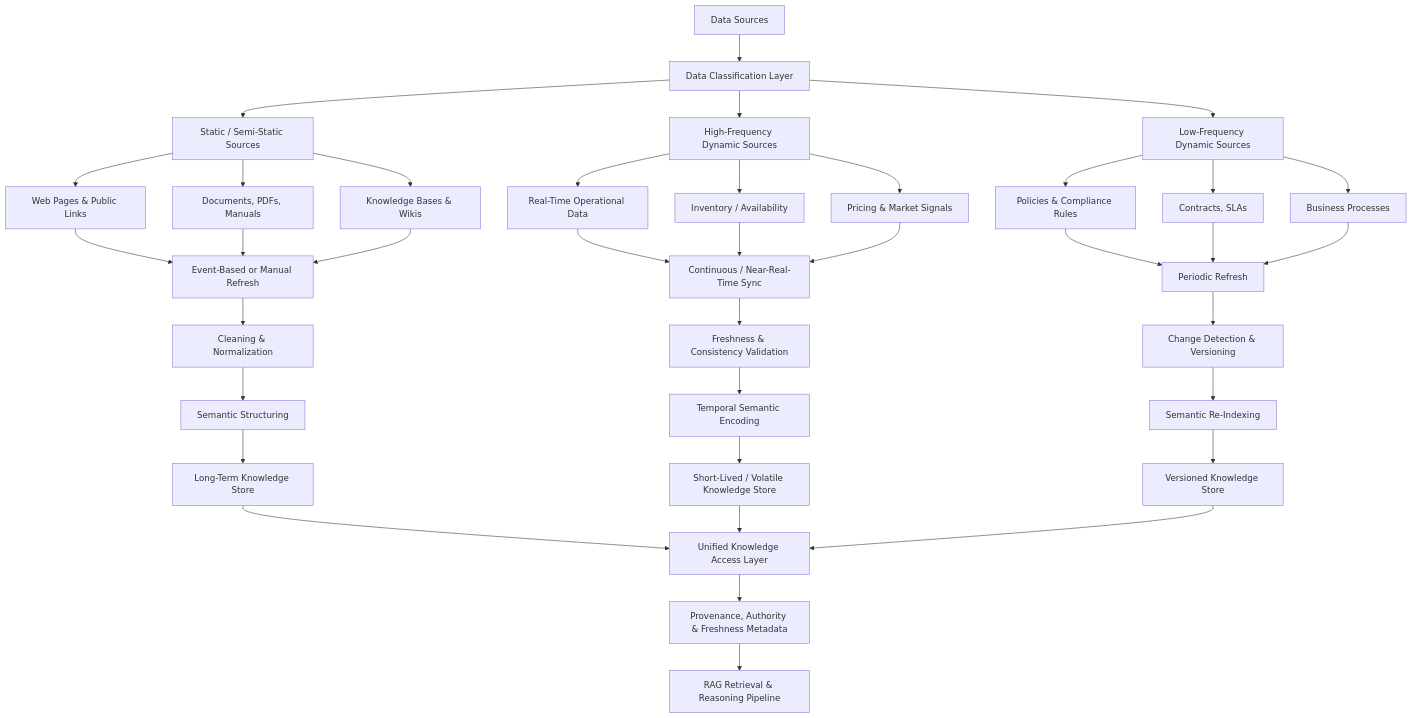
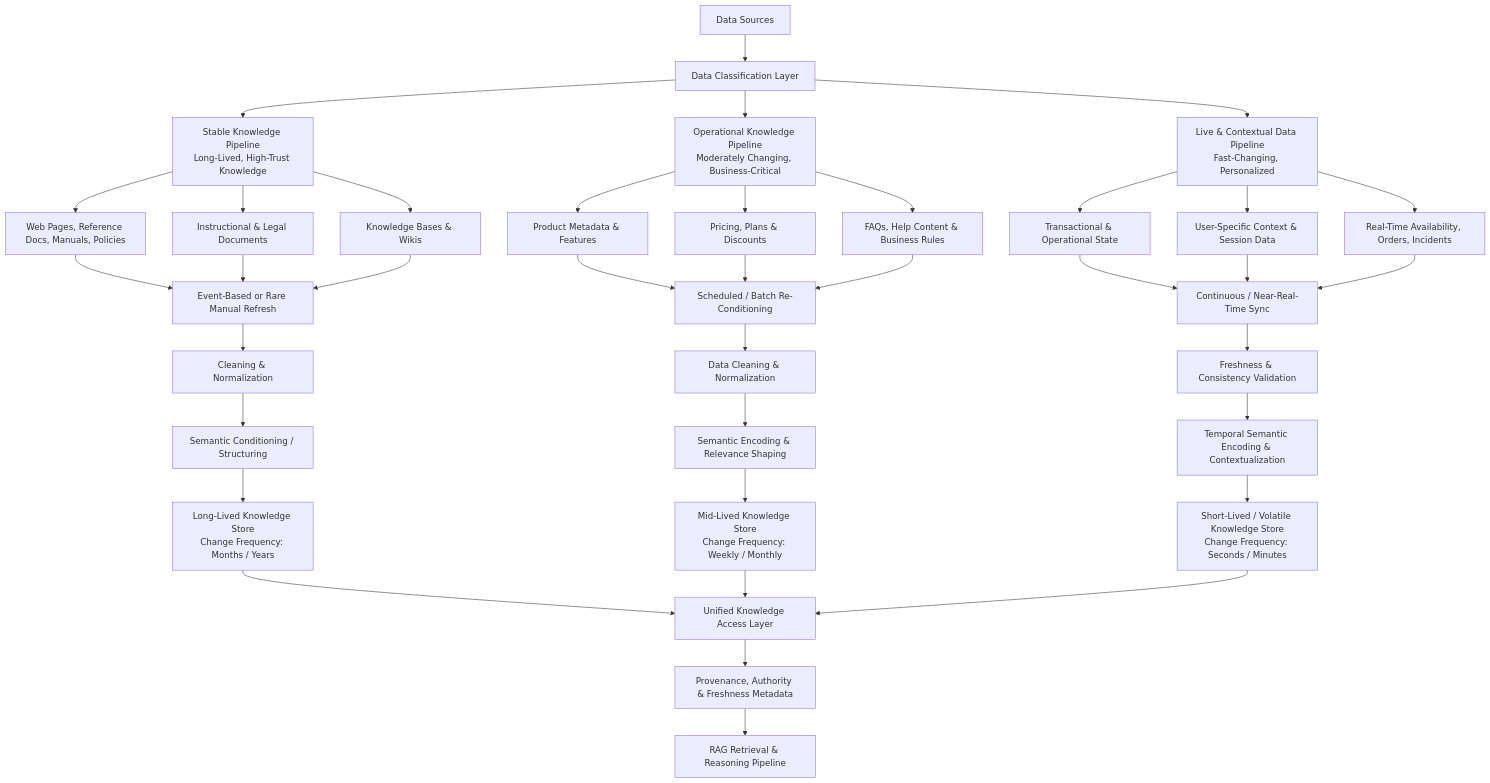
One commit to ShadowMonarchX/dynamic-ai-customer-support changed the diagram in Data_ingestion_Pipeline.md. Above: the diagram before and after it, drawn with Mermaid. The commit also changed 3 other files, not shown here.

````diff
--- a/Data_ingestion_Pipeline.md
+++ b/Data_ingestion_Pipeline.md
@@ -2,73 +2,64 @@
 ```mermaid
 graph TD
 
 %% =========================
-%% RAG DATA INGESTION PIPELINE
+%% RAG DATA INGESTION PIPELINE (GitHub Compatible)
 %% =========================
 
 SRC[Data Sources] --> CL[Data Classification Layer]
 
 %% =========================
 %% DATA TYPE SEGMENTATION
 %% =========================
-CL --> ST1[Static / Semi-Static Sources]
-CL --> ST2[High-Frequency Dynamic Sources]
-CL --> ST3[Low-Frequency Dynamic Sources]
+CL --> ST1[Stable Knowledge Pipeline<br>Long-Lived, High-Trust Knowledge]
+CL --> ST2[Operational Knowledge Pipeline<br>Moderately Changing, Business-Critical]
+CL --> ST3[Live & Contextual Data Pipeline<br>Fast-Changing, Personalized]
 
 %% =========================
-%% 1. STATIC / SEMI-STATIC DATA
+%% 1. STABLE KNOWLEDGE PIPELINE
 %% =========================
-ST1 --> WP[Web Pages & Public Links]
-ST1 --> DOC[Documents, PDFs, Manuals]
+ST1 --> WP[Web Pages, Reference Docs, Manuals, Policies]
+ST1 --> DOC[Instructional & Legal Documents]
 ST1 --> KB[Knowledge Bases & Wikis]
 
-WP --> SCHED1[Event-Based or Manual Refresh]
-DOC --> SCHED1
-KB --> SCHED1
-
+WP & DOC & KB --> SCHED1[Event-Based or Rare Manual Refresh]
 SCHED1 --> CLEAN1[Cleaning & Normalization]
-CLEAN1 --> SEM1[Semantic Structuring]
-SEM1 --> STORE1[Long-Term Knowledge Store]
+CLEAN1 --> SEM1[Semantic Conditioning / Structuring]
+SEM1 --> STORE1[Long-Lived Knowledge Store<br>Change Frequency: Months / Years]
 
 %% =========================
-%% 2. HIGH-FREQUENCY DYNAMIC DATA
+%% 2. OPERATIONAL KNOWLEDGE PIPELINE
 %% =========================
-ST2 --> RT[Real-Time Operational Data]
-ST2 --> INV[Inventory / Availability]
-ST2 --> PRICE[Pricing & Market Signals]
+ST2 --> PROD[Product Metadata & Features]
+ST2 --> PRICE[Pricing, Plans & Discounts]
+ST2 --> FAQ[FAQs, Help Content & Business Rules]
 
-RT --> SCHED2[Continuous / Near-Real-Time Sync]
-INV --> SCHED2
-PRICE --> SCHED2
-
-SCHED2 --> VALID2[Freshness & Consistency Validation]
-VALID2 --> SEM2[Temporal Semantic Encoding]
-SEM2 --> STORE2[Short-Lived / Volatile Knowledge Store]
+PROD & PRICE & FAQ --> SCHED2[Scheduled / Batch Re-Conditioning]
+SCHED2 --> CLEAN2[Data Cleaning & Normalization]
+CLEAN2 --> SEM2[Semantic Encoding & Relevance Shaping]
+SEM2 --> STORE2[Mid-Lived Knowledge Store<br>Change Frequency: Weekly / Monthly]
 
 %% =========================
-%% 3. LOW-FREQUENCY DYNAMIC DATA
+%% 3. LIVE & CONTEXTUAL DATA PIPELINE
 %% =========================
-ST3 --> POL[Policies & Compliance Rules]
-ST3 --> SLA[Contracts, SLAs]
-ST3 --> PROC[Business Processes]
+ST3 --> TRANS[Transactional & Operational State]
+ST3 --> USER[User-Specific Context & Session Data]
+ST3 --> LIVE[Real-Time Availability, Orders, Incidents]
 
-POL --> SCHED3[Periodic Refresh]
-SLA --> SCHED3
-PROC --> SCHED3
-
-SCHED3 --> DIFF3[Change Detection & Versioning]
-DIFF3 --> SEM3[Semantic Re-Indexing]
-SEM3 --> STORE3[Versioned Knowledge Store]
+TRANS & USER & LIVE --> SCHED3[Continuous / Near-Real-Time Sync]
+SCHED3 --> VALID3[Freshness & Consistency Validation]
+VALID3 --> SEM3[Temporal Semantic Encoding & Contextualization]
+SEM3 --> STORE3[Short-Lived / Volatile Knowledge Store<br>Change Frequency: Seconds / Minutes]
 
 %% =========================
 %% UNIFIED KNOWLEDGE ACCESS
 %% =========================
 STORE1 --> UQA[Unified Knowledge Access Layer]
 STORE2 --> UQA
 STORE3 --> UQA
 
 UQA --> META[Provenance, Authority & Freshness Metadata]
 META --> RAG[RAG Retrieval & Reasoning Pipeline]
 
 
 ```
````
